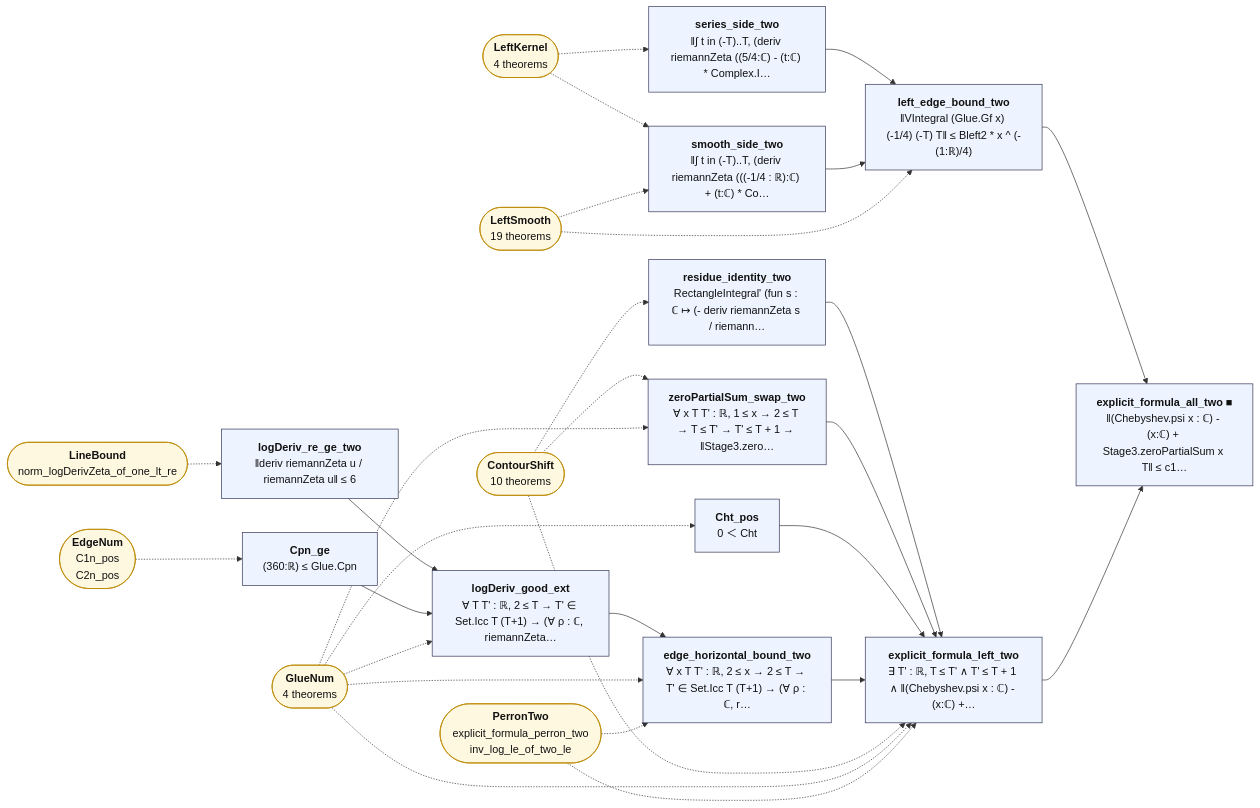
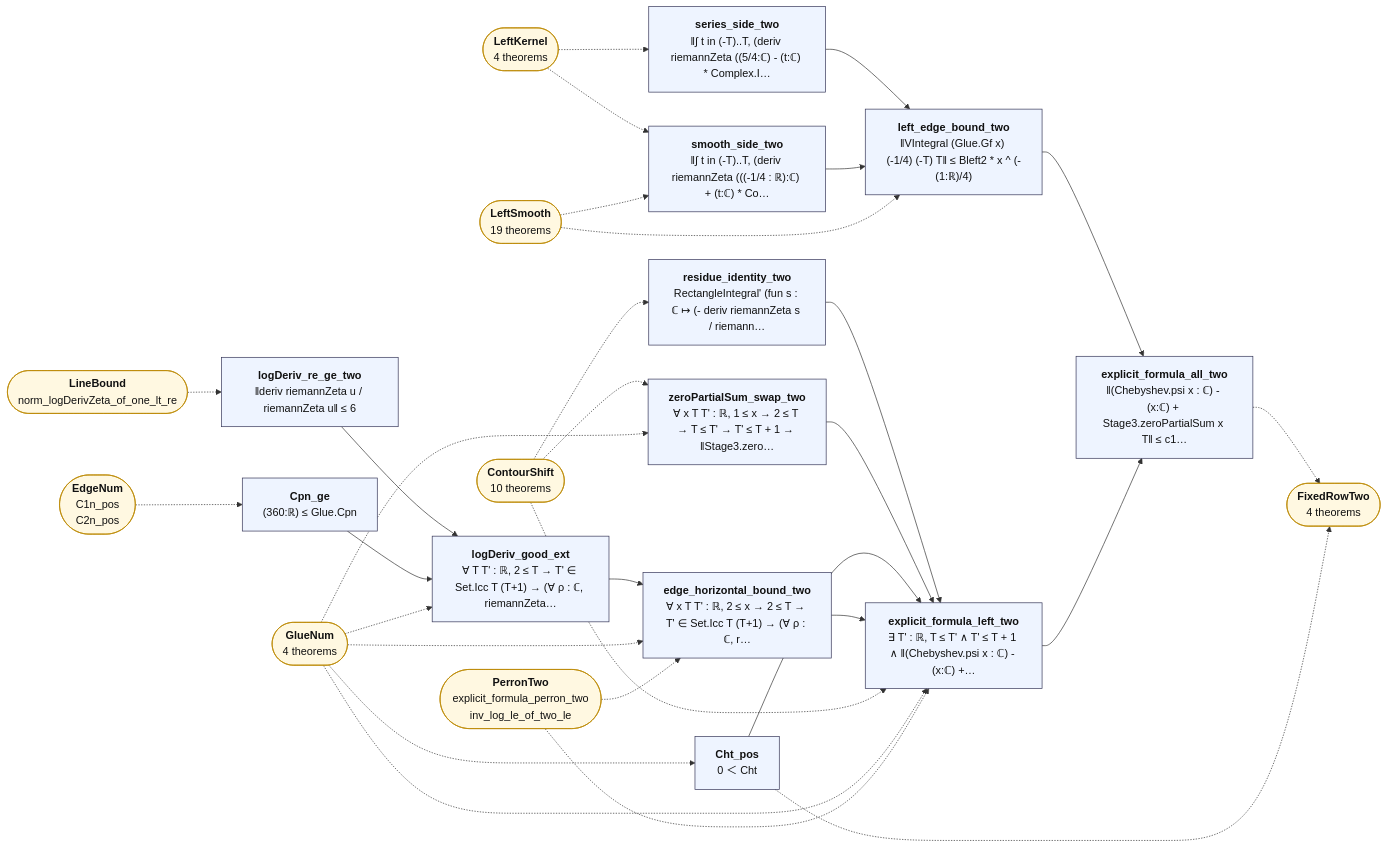
The diagram in map/lean_stage3/ExplicitTwo.mmd (juliansambranojr/Primebeat_081426), drawn with Mermaid before and after one commit. The commit also changed 49 other files, not shown here.

```diff
--- a/map/lean_stage3/ExplicitTwo.mmd
+++ b/map/lean_stage3/ExplicitTwo.mmd
@@ -1,55 +1,58 @@
 flowchart LR
   n0["<b>residue_identity_two</b><br/>RectangleIntegral' (fun s : ℂ ↦ (- deriv riemannZeta s / riemann…"]:::thm
   n1["<b>zeroPartialSum_swap_two</b><br/>∀ x T T' : ℝ, 1 ≤ x → 2 ≤ T → T ≤ T' → T' ≤ T + 1 → ‖Stage3.zero…"]:::thm
   n2["<b>logDeriv_re_ge_two</b><br/>‖deriv riemannZeta u / riemannZeta u‖ ≤ 6"]:::thm
   n3["<b>Cpn_ge</b><br/>(360:ℝ) ≤ Glue.Cpn"]:::thm
   n4["<b>logDeriv_good_ext</b><br/>∀ T T' : ℝ, 2 ≤ T → T' ∈ Set.Icc T (T+1) → (∀ ρ : ℂ, riemannZeta…"]:::thm
   n5["<b>Cht_pos</b><br/>0 ＜ Cht"]:::thm
   n6["<b>edge_horizontal_bound_two</b><br/>∀ x T T' : ℝ, 2 ≤ x → 2 ≤ T → T' ∈ Set.Icc T (T+1) → (∀ ρ : ℂ, r…"]:::thm
   n7["<b>explicit_formula_left_two</b><br/>∃ T' : ℝ, T ≤ T' ∧ T' ≤ T + 1 ∧ ‖(Chebyshev.psi x : ℂ) - (x:ℂ) +…"]:::thm
   n8["<b>series_side_two</b><br/>‖∫ t in (-T)..T, (deriv riemannZeta ((5/4:ℂ) - (t:ℂ) * Complex.I…"]:::thm
   n9["<b>smooth_side_two</b><br/>‖∫ t in (-T)..T, (deriv riemannZeta (((-1/4 : ℝ):ℂ) + (t:ℂ) * Co…"]:::thm
   n10["<b>left_edge_bound_two</b><br/>‖VIntegral (Glue.Gf x) (-1/4) (-T) T‖ ≤ Bleft2 * x ^ (-(1:ℝ)/4)"]:::thm
-  n11["<b>explicit_formula_all_two ■</b><br/>‖(Chebyshev.psi x : ℂ) - (x:ℂ) + Stage3.zeroPartialSum x T‖ ≤ c1…"]:::thm
+  n11["<b>explicit_formula_all_two</b><br/>‖(Chebyshev.psi x : ℂ) - (x:ℂ) + Stage3.zeroPartialSum x T‖ ≤ c1…"]:::thm
   x0(["<b>ContourShift</b><br/>10 theorems"]):::ext
   x1(["<b>GlueNum</b><br/>4 theorems"]):::ext
   x2(["<b>LineBound</b><br/>norm_logDerivZeta_of_one_lt_re"]):::ext
   x3(["<b>EdgeNum</b><br/>C1n_pos<br/>C2n_pos"]):::ext
-  x4(["<b>PerronTwo</b><br/>explicit_formula_perron_two<br/>inv_log_le_of_two_le"]):::ext
-  x5(["<b>LeftKernel</b><br/>4 theorems"]):::ext
-  x6(["<b>LeftSmooth</b><br/>19 theorems"]):::ext
+  x4(["<b>FixedRowTwo</b><br/>4 theorems"]):::ext
+  x5(["<b>PerronTwo</b><br/>explicit_formula_perron_two<br/>inv_log_le_of_two_le"]):::ext
+  x6(["<b>LeftKernel</b><br/>4 theorems"]):::ext
+  x7(["<b>LeftSmooth</b><br/>19 theorems"]):::ext
   n0 --> n7
   n1 --> n7
   n10 --> n11
   n2 --> n4
   n3 --> n4
   n4 --> n6
   n5 --> n7
   n6 --> n7
   n7 --> n11
   n8 --> n10
   n9 --> n10
+  n11 -.-> x4
+  n5 -.-> x4
   x0 -.-> n0
   x0 -.-> n1
   x0 -.-> n7
   x1 -.-> n1
   x1 -.-> n4
   x1 -.-> n5
   x1 -.-> n6
   x1 -.-> n7
   x2 -.-> n2
   x3 -.-> n3
-  x4 -.-> n6
-  x4 -.-> n7
-  x5 -.-> n8
-  x5 -.-> n9
-  x6 -.-> n10
+  x5 -.-> n6
+  x5 -.-> n7
+  x6 -.-> n8
   x6 -.-> n9
+  x7 -.-> n10
+  x7 -.-> n9
   classDef cnt fill:#dff5ec,stroke:#17694a,color:#111
   classDef shp fill:#f1ecfb,stroke:#5b3fa0,color:#111
   classDef rh fill:#ffe5e5,stroke:#c22,color:#111,stroke-width:2px
   classDef thm fill:#eef4ff,stroke:#335,color:#111
   classDef end_ fill:#e7f7e7,stroke:#2a7,color:#111,stroke-width:2px
   classDef lone fill:#fff,stroke:#999,color:#111,stroke-dasharray:4 3
   classDef bad fill:#ffe5e5,stroke:#c22,color:#111,stroke-width:2px
   classDef ext fill:#fff8e1,stroke:#b80,color:#111
```
